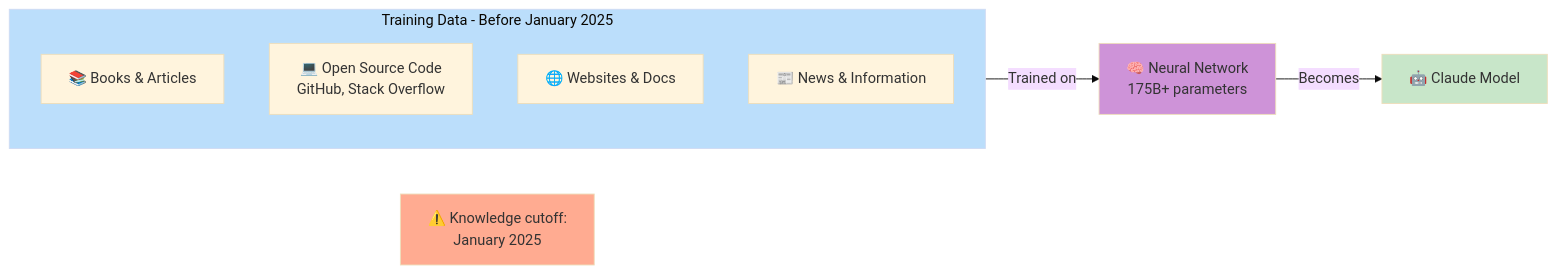
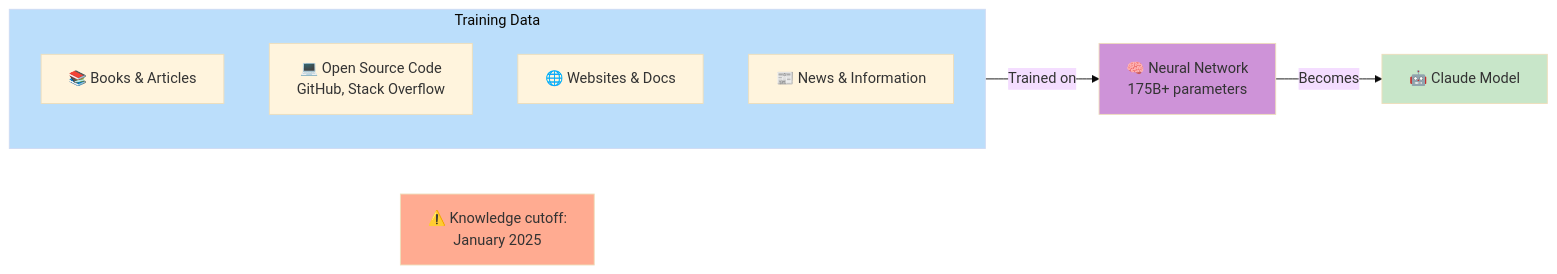
The second of 26 diagrams in docs/claude/how-claude-knows.md (abdheshkumar/abdheshkumar.github.io), drawn with Mermaid (base theme) before and after one commit. The commit also changed other lines of this file and 1 other file, not shown here.

````diff
--- a/docs/claude/how-claude-knows.md
+++ b/docs/claude/how-claude-knows.md
@@ -51,19 +51,19 @@
 ```mermaid
 graph LR
-    subgraph TRAINING_DATA[Training Data - Before January 2025]
+    subgraph TRAINING_DATA["Training Data"]
         D1[📚 Books & Articles]
         D2[💻 Open Source Code<br/>GitHub, Stack Overflow]
         D3[🌐 Websites & Docs]
         D4[📰 News & Information]
     end
 
     TRAINING_DATA -->|Trained on| NEURAL[🧠 Neural Network<br/>175B+ parameters]
     NEURAL -->|Becomes| CLAUDE[🤖 Claude Model]
 
     NOTE[⚠️ Knowledge cutoff:<br/>January 2025]
 
     style TRAINING_DATA fill:#bbdefb
     style NEURAL fill:#ce93d8
     style CLAUDE fill:#c8e6c9
     style NOTE fill:#ffab91
 ```
````
